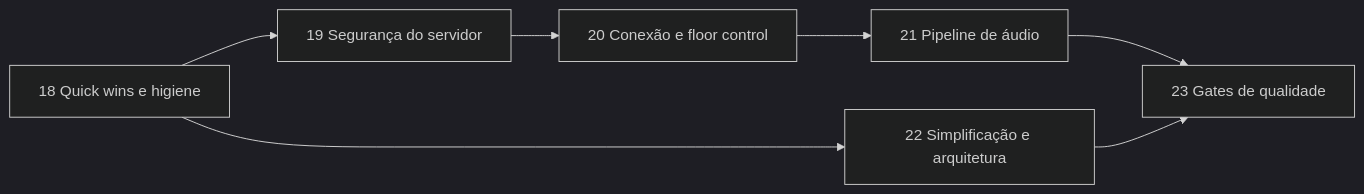
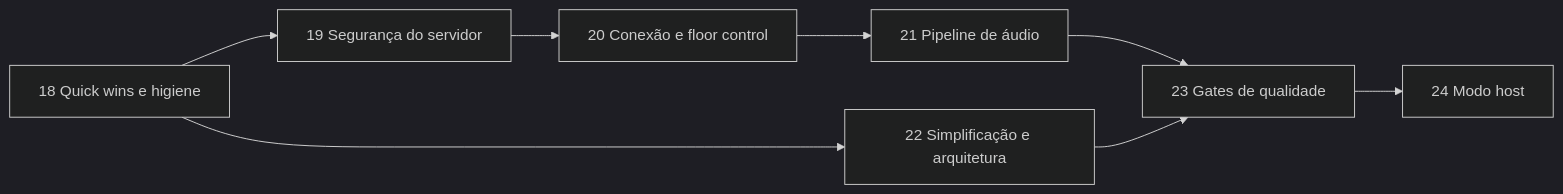
Before and after one commit to rcleandro/ptt-lan: the diagram in docs/ROADMAP_MELHORIAS.md, drawn with Mermaid (dark theme). The commit also changed other lines of this file and 1 other file, not shown here.

Commit message:
docs: accept adr 0010 and add phase 24 host mode to the roadmap

````diff
--- a/docs/ROADMAP_MELHORIAS.md
+++ b/docs/ROADMAP_MELHORIAS.md
@@ -28,9 +28,10 @@
 ```mermaid
 graph LR
     F18[18 Quick wins e higiene] --> F19[19 Segurança do servidor]
     F19 --> F20[20 Conexão e floor control]
     F20 --> F21[21 Pipeline de áudio]
     F18 --> F22[22 Simplificação e arquitetura]
     F21 --> F23[23 Gates de qualidade]
     F22 --> F23
+    F23 --> F24[24 Modo host]
 ```
````
